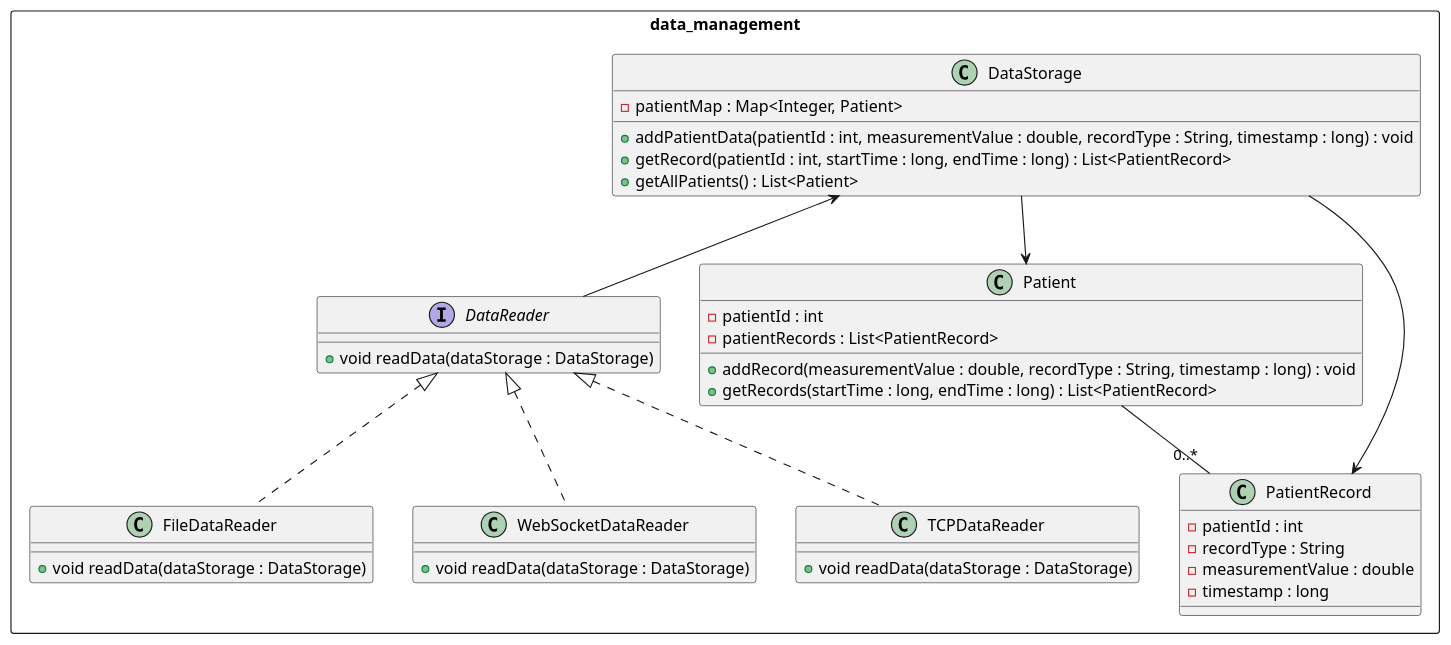
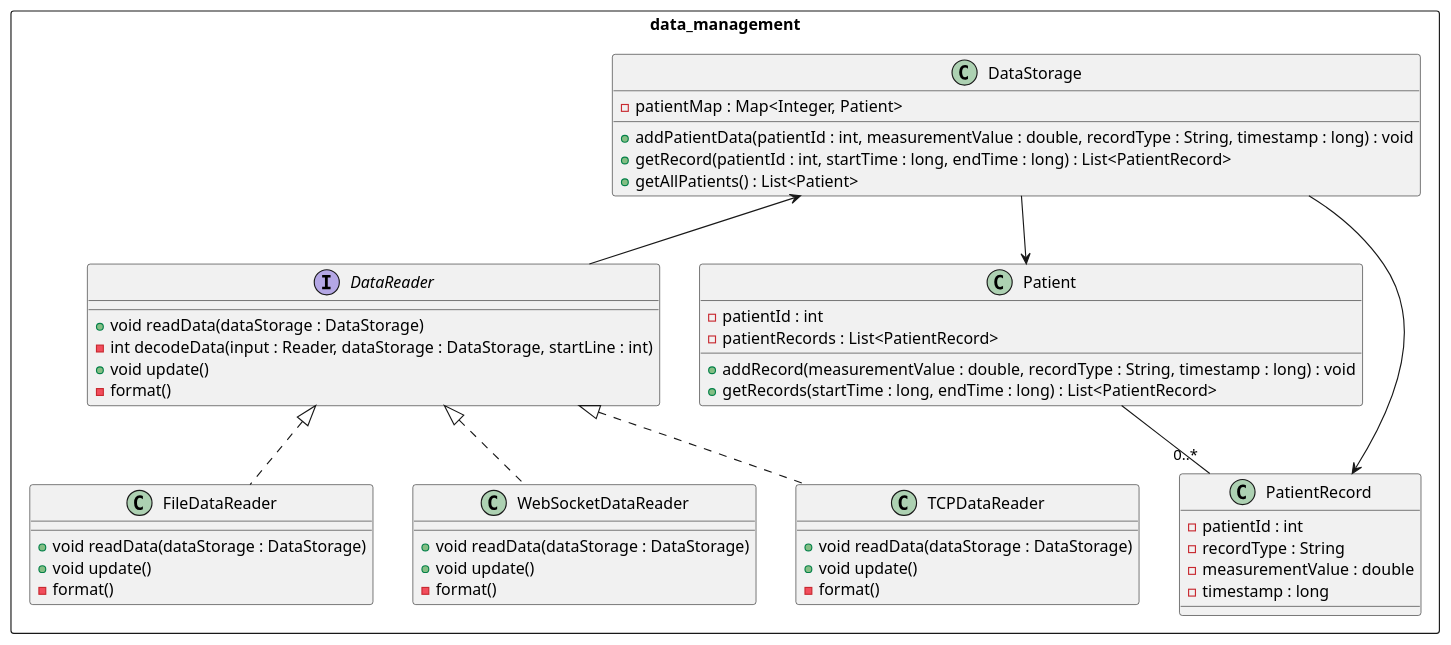
One commit to Mihai-Solescu/signal_project changed the diagram in uml_models/uml_v2/data_management.plantuml. Above: the diagram before and after it, drawn with PlantUML. The commit also changed 10 other files, not shown here.

```diff
--- a/uml_models/uml_v2/data_management.plantuml
+++ b/uml_models/uml_v2/data_management.plantuml
@@ -1,55 +1,64 @@
 @startuml Data Management Class Diagram
 'data_management package
 
 rectangle "data_management" as DM {
 
     interface "DataReader" as DL {
         + void readData(dataStorage : DataStorage)
+        - int decodeData(input : Reader, dataStorage : DataStorage, startLine : int)
+        + void update()
+        - format()
     }
 
     DS <-- DL
 
     class "FileDataReader" as FDL {
         + void readData(dataStorage : DataStorage)
+        + void update()
+        - format()
     }
 
     class "WebSocketDataReader" as WSDR {
         + void readData(dataStorage : DataStorage)
+        + void update()
+        - format()
     }
 
     class "TCPDataReader" as TDR {
         + void readData(dataStorage : DataStorage)
+        + void update()
+        - format()
     }
 
     DL <|.. FDL
     DL <|.. WSDR
     DL <|.. TDR
 
     class "DataStorage" as DS {
         - patientMap : Map<Integer, Patient>
         + addPatientData(patientId : int, measurementValue : double, recordType : String, timestamp : long) : void
         + getRecord(patientId : int, startTime : long, endTime : long) : List<PatientRecord>
         + getAllPatients() : List<Patient>
     }
 
     class "Patient" as P {
         - patientId : int
         - patientRecords : List<PatientRecord>
         + addRecord(measurementValue : double, recordType : String, timestamp : long) : void
         + getRecords(startTime : long, endTime : long) : List<PatientRecord>
     }
 
     class "PatientRecord" as PR {
         - patientId : int
         - recordType : String
         - measurementValue : double
         - timestamp : long
         '+getters
     }
 
     DS --> P
     P -- "0..*" PR
     DS --> PR
 }   
 
 @enduml
```
